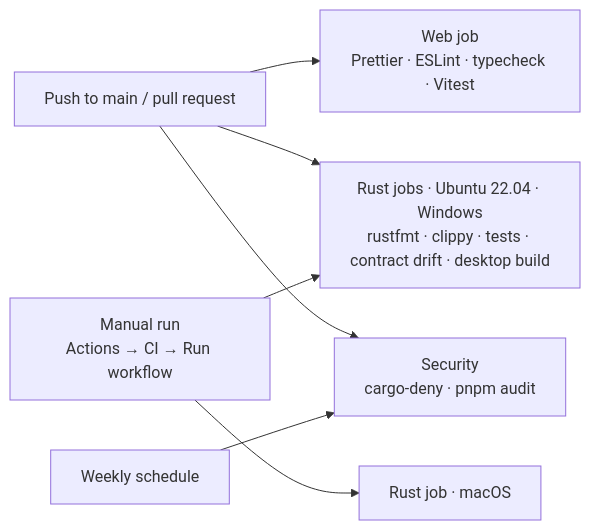
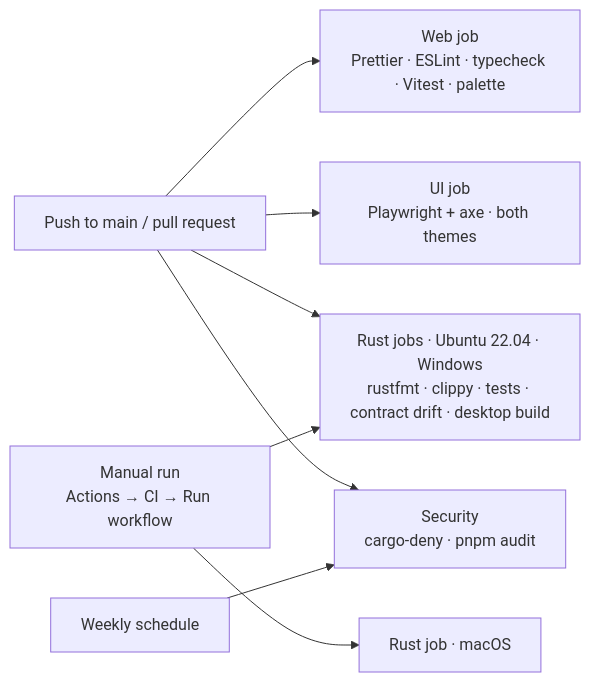
Before and after one commit to akanjb/VEYRA: diagram 19 of 20 in README.md, drawn with Mermaid. The commit also changed other lines of this file and 5 other files, not shown here.

````diff
--- a/README.md
+++ b/README.md
@@ -755,9 +795,10 @@
 ```mermaid
 flowchart LR
-  PR[Push to main / pull request] --> WEB[Web job<br/>Prettier · ESLint · typecheck · Vitest]
+  PR[Push to main / pull request] --> WEB[Web job<br/>Prettier · ESLint · typecheck · Vitest · palette]
+  PR --> UI[UI job<br/>Playwright + axe · both themes]
   PR --> RUST[Rust jobs · Ubuntu 22.04 · Windows<br/>rustfmt · clippy · tests · contract drift · desktop build]
   MAN[Manual run<br/>Actions → CI → Run workflow] --> RUST
   MAN --> MAC[Rust job · macOS]
   PR --> SEC[Security<br/>cargo-deny · pnpm audit]
   SCHED[Weekly schedule] --> SEC
 ```
````
